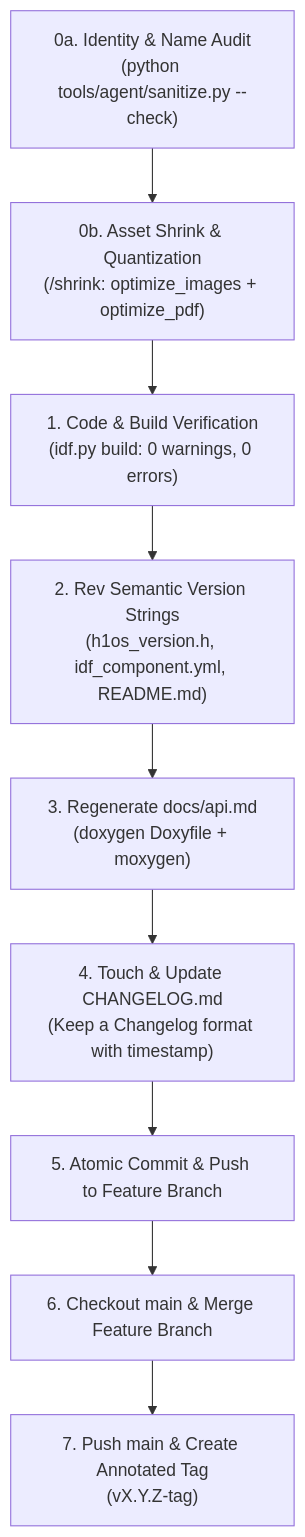
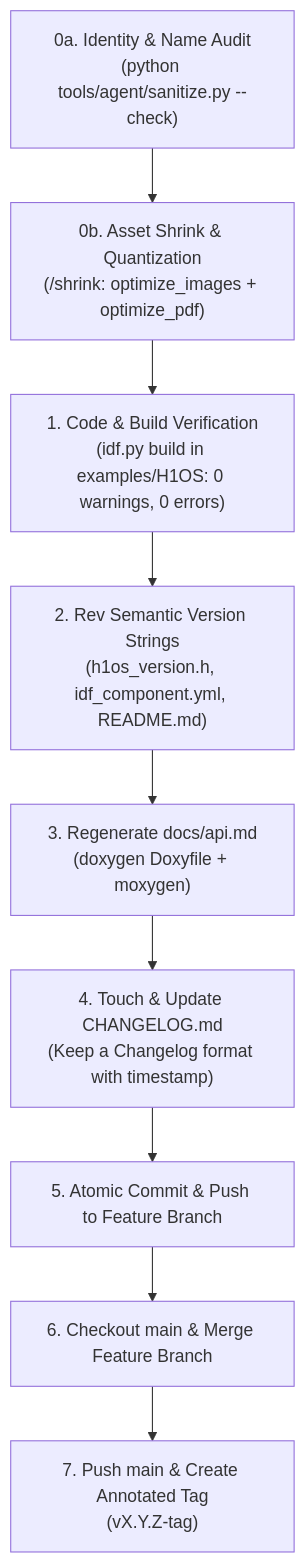
One commit to Humidyne-Labs/H1OS changed the diagram in .agents/rules/main-merge.md. Above: the diagram before and after it, drawn with Mermaid. The commit also changed other lines of this file and 75 other files, not shown here.

````diff
--- a/.agents/rules/main-merge.md
+++ b/.agents/rules/main-merge.md
@@ -13,11 +13,11 @@
 ```mermaid
-flowchart TD
-    A0["0a. Identity & Name Audit\n(python tools/agent/sanitize.py --check)"] --> A0b["0b. Asset Shrink & Quantization\n(/shrink: optimize_images + optimize_pdf)"]
-    A0b --> A["1. Code & Build Verification\n(idf.py build: 0 warnings, 0 errors)"]
-    A["1. Code & Build Verification\n(idf.py build: 0 warnings, 0 errors)"] --> B["2. Rev Semantic Version Strings\n(h1os_version.h, idf_component.yml, README.md)"]
-    B --> C["3. Regenerate docs/api.md\n(doxygen Doxyfile + moxygen)"]
-    C --> D["4. Touch & Update CHANGELOG.md\n(Keep a Changelog format with timestamp)"]
-    D --> E["5. Atomic Commit & Push to Feature Branch"]
-    E --> F["6. Checkout main & Merge Feature Branch"]
-    F --> G["7. Push main & Create Annotated Tag\n(vX.Y.Z-tag)"]
+graph TD;
+    A0["0a. Identity & Name Audit<br/>(python tools/agent/sanitize.py --check)"] --> A0b["0b. Asset Shrink & Quantization<br/>(/shrink: optimize_images + optimize_pdf)"];
+    A0b --> A["1. Code & Build Verification<br/>(idf.py build in examples/H1OS: 0 warnings, 0 errors)"];
+    A --> B["2. Rev Semantic Version Strings<br/>(h1os_version.h, idf_component.yml, README.md)"];
+    B --> C["3. Regenerate docs/api.md<br/>(doxygen Doxyfile + moxygen)"];
+    C --> D["4. Touch & Update CHANGELOG.md<br/>(Keep a Changelog format with timestamp)"];
+    D --> E["5. Atomic Commit & Push to Feature Branch"];
+    E --> F["6. Checkout main & Merge Feature Branch"];
+    F --> G["7. Push main & Create Annotated Tag<br/>(vX.Y.Z-tag)"];
 ```
````
